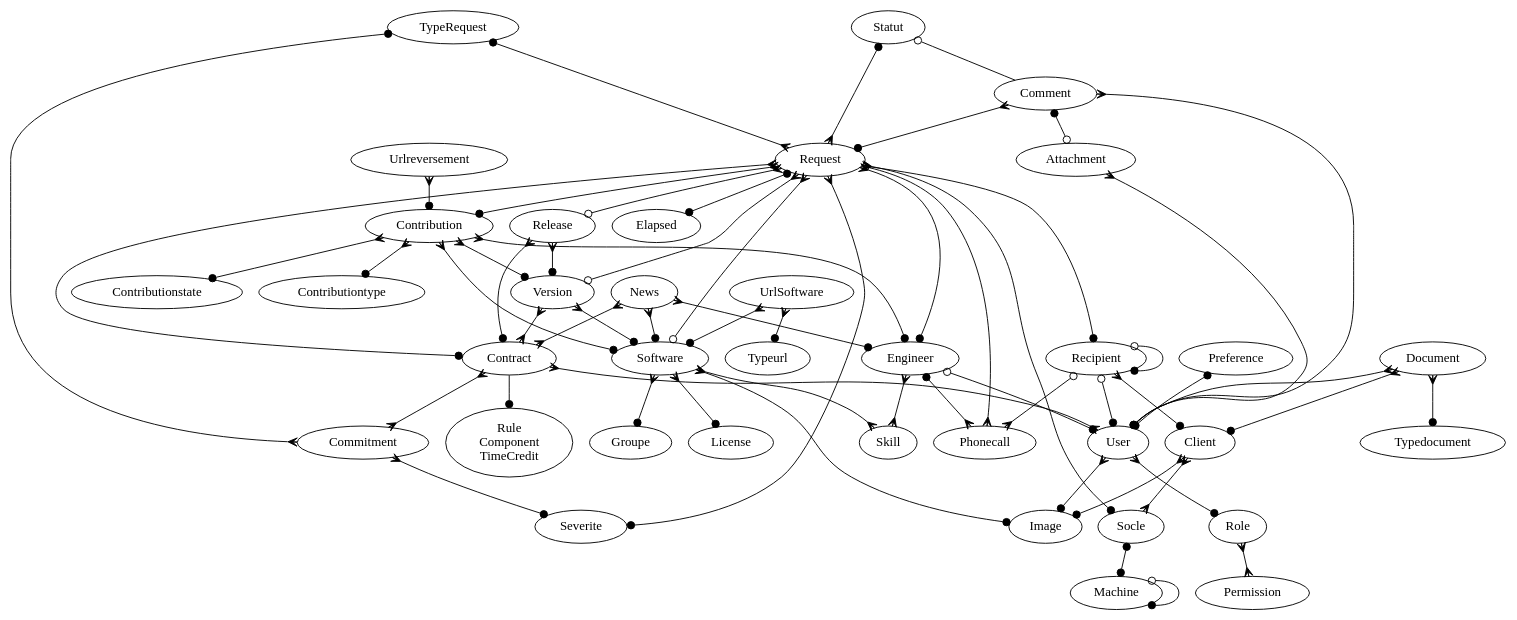
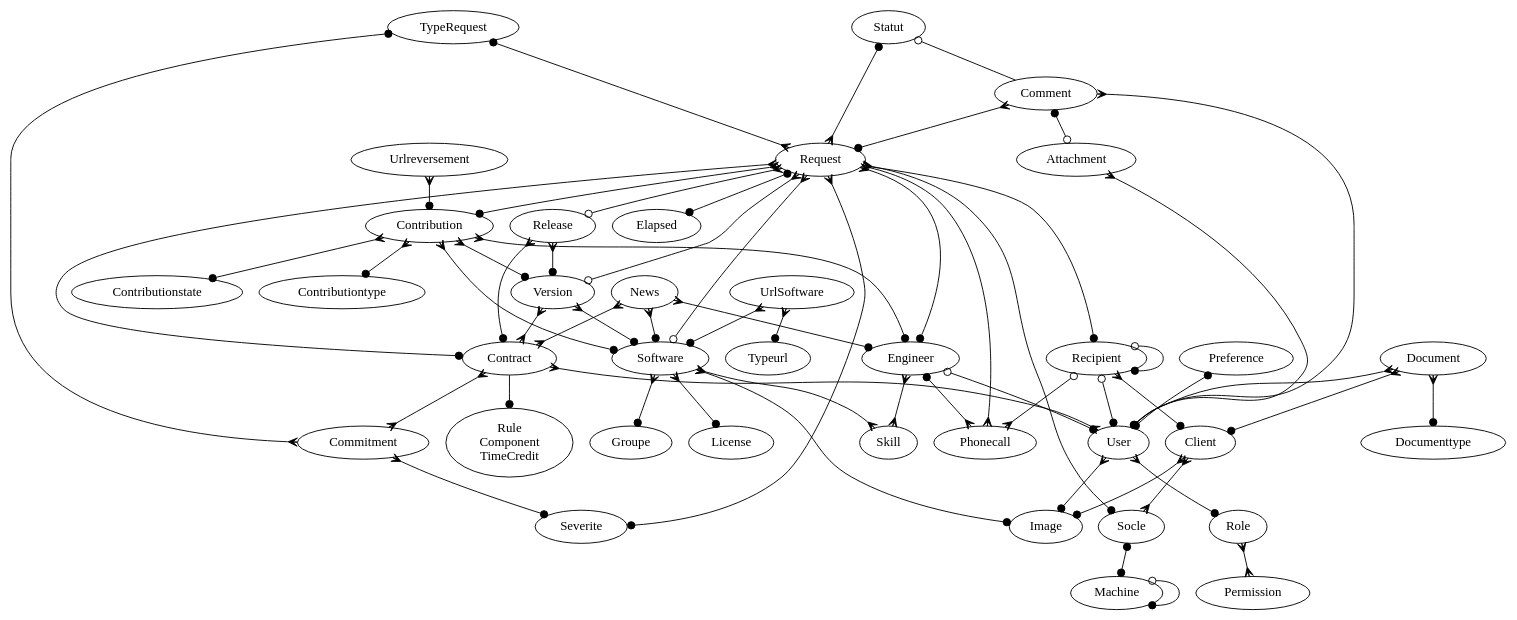
The diagram in doc/data_model.dot (trivoallan/tosca), drawn with Graphviz before and after one commit. The commit also changed 32 other files, not shown here.

```diff
--- a/doc/data_model.dot
+++ b/doc/data_model.dot
@@ -1,83 +1,83 @@
 digraph x {
 
 //rotate=90;
 {rank=min; Statut TypeRequest Statut }
 
 Rule [label="Rule\nComponent\nTimeCredit"]
 
 Recipient -> User [arrowhead=dot,arrowtail=odot,dir=both]
 Recipient -> Phonecall [arrowhead=crow,arrowtail=odot,dir=both]
 Recipient -> Client [arrowhead=dot,dir=both,arrowtail=crow]
 Recipient -> Recipient [arrowhead=dot,arrowtail=odot,dir=both]
 
 Client -> Image [arrowhead=dot,dir=both,arrowtail=crow]
 Client -> Socle [arrowhead=crow,dir=both,arrowtail=crow]
 
 Comment -> Request [arrowhead=dot,dir=both,arrowtail=crow]
 Comment -> User [arrowhead=dot,dir=both,arrowtail=crow]
 Comment -> Attachment [arrowhead=odot,dir=both,arrowtail=dot]
 Comment -> Statut [arrowhead=odot]
 
 Contract -> User [arrowhead=crow,dir=both,arrowtail=crow]
 Contract -> Commitment [arrowhead=crow,arrowtail=crow,dir=both]
 Contract -> Rule [arrowhead=dot,arrowtail=crow]
 
 User -> Image [arrowhead=dot,dir=both,arrowtail=crow]
 User -> Role [arrowhead=dot,arrowtail=crow,dir=both]
 Engineer -> Skill [arrowhead=crow,arrowtail=crow,dir=both]
 Engineer -> User [arrowhead=dot,arrowtail=odot,dir=both]
 Engineer -> Phonecall [arrowhead=crow,dir=both,arrowtail=dot]
 
 News -> Engineer [arrowhead=dot,dir=both,arrowtail=crow]
 News -> Contract [arrowhead=crow,dir=both,arrowtail=crow]
 News -> Software [arrowhead=dot,dir=both,arrowtail=crow]
 
 Request -> TypeRequest [arrowhead=dot,dir=both,arrowtail=crow]
 Request -> Elapsed [arrowhead=dot,dir=both,arrowtail=dot]
 Request -> Severite [arrowhead=dot,dir=both,arrowtail=crow]
 Request -> Recipient [arrowhead=dot,dir=both,arrowtail=crow]
 Request -> Socle [arrowhead=dot,dir=both,arrowtail=crow]
 Request -> Contribution [arrowhead=dot,dir=both,arrowtail=crow]
 Request -> Contract [arrowhead=dot,dir=both,arrowtail=crow]
 Request -> Statut [arrowhead=dot,dir=both,arrowtail=crow]
 Request -> Engineer [arrowhead=dot,dir=both,arrowtail=crow]
 Request -> Phonecall [arrowhead=crow,arrowtail=odot,dir=both]
 Request -> Software [arrowhead=odot,dir=both,arrowtail=crow]
 Request -> Release [arrowhead=odot,dir=both,arrowtail=crow]
 Request -> Version [arrowhead=odot,dir=both,arrowtail=crow]
 
 Software -> Skill [arrowhead=crow,arrowtail=crow,dir=both]
 Software -> License [arrowhead=dot,dir=both,arrowtail=crow]
 Software -> Groupe [arrowhead=dot,dir=both,arrowtail=crow]
 Software -> Image [arrowhead=dot,dir=both,arrowtail=crow]
 
 
 Version -> Software [arrowhead=dot,dir=both,arrowtail=crow]
 Version -> Contract [arrowhead=crow,dir=both,arrowtail=crow]
 
 Release -> Contract [arrowhead=dot,dir=both,arrowtail=crow]
 Release -> Version [arrowhead=dot,dir=both,arrowtail=crow]
 
 
 Preference -> User [arrowhead=dot,arrowtail=dot,dir=both]
 Socle -> Machine [arrowhead=dot,dir=both,arrowtail=dot]
 Machine -> Machine [arrowhead=dot,dir=both,arrowtail=odot]
 UrlSoftware -> Software [arrowhead=dot,dir=both,arrowtail=crow]
 UrlSoftware -> Typeurl [arrowhead=dot,dir=both,arrowtail=crow]
 Commitment -> Severite [arrowhead=dot,dir=both,arrowtail=crow]
 Commitment -> TypeRequest [arrowhead=dot,dir=both,arrowtail=crow]
 Role -> Permission [arrowhead=crow,arrowtail=crow,dir=both]
 Urlreversement -> Contribution [arrowhead=dot,dir=both,arrowtail=crow]
 
 Contribution -> Contributionstate [arrowhead=dot,dir=both,arrowtail=crow]
 Contribution -> Contributiontype [arrowhead=dot,dir=both,arrowtail=crow]
 Contribution -> Software [arrowhead=dot,dir=both,arrowtail=crow]
 Contribution -> Version [arrowhead=dot,arrowtail=crow,dir=both]
 Contribution -> Engineer [arrowhead=dot,dir=both,arrowtail=crow]
 Attachment -> User [arrowtail=crow,dir=both,arrowhead=dot]
 Document -> Client [arrowhead=dot,dir=both,arrowtail=crow]
-Document -> Typedocument [arrowhead=dot,dir=both,arrowtail=crow]
+Document -> Documenttype [arrowhead=dot,dir=both,arrowtail=crow]
 Document -> User [arrowhead=dot,dir=both,arrowtail=crow]
 
 
 }
```
